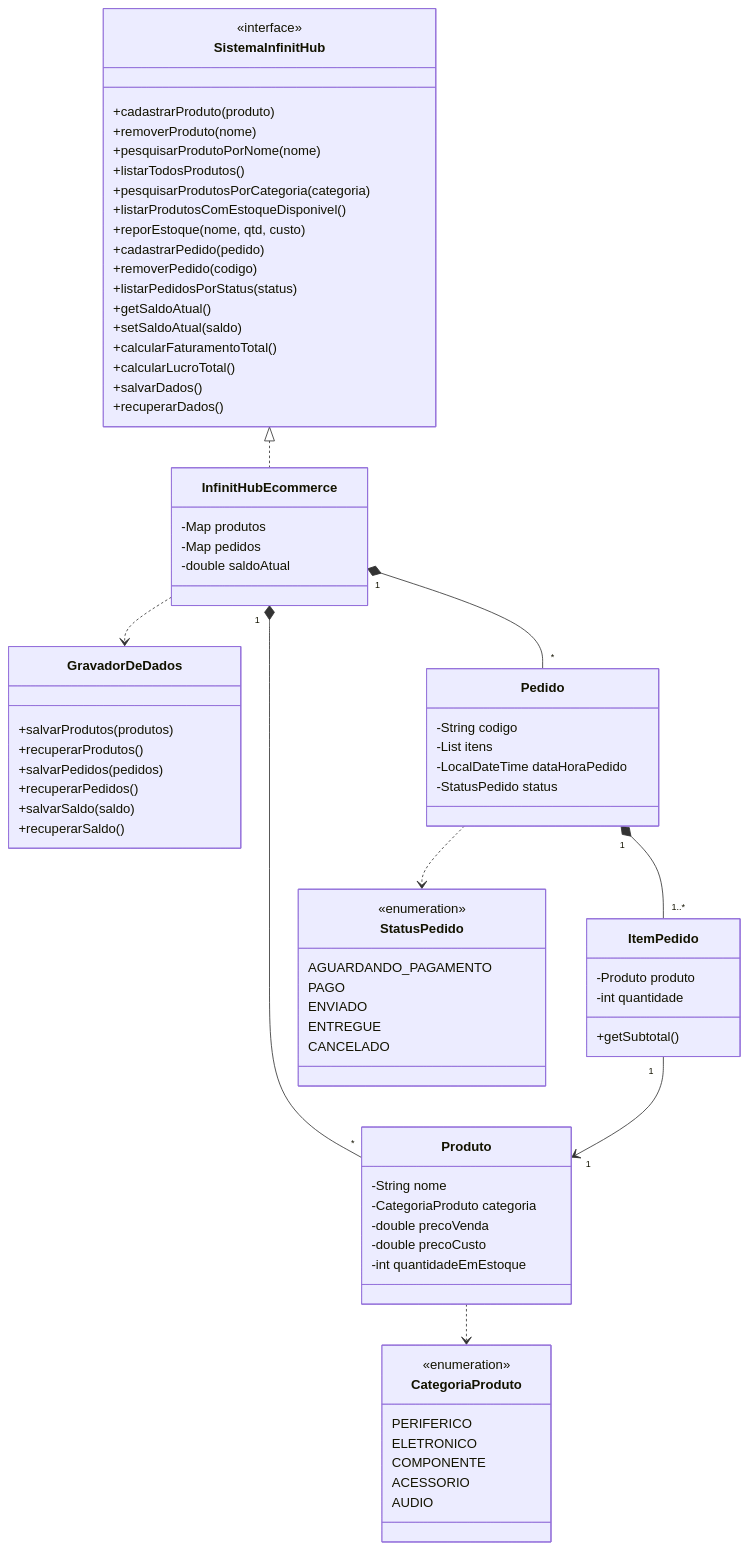
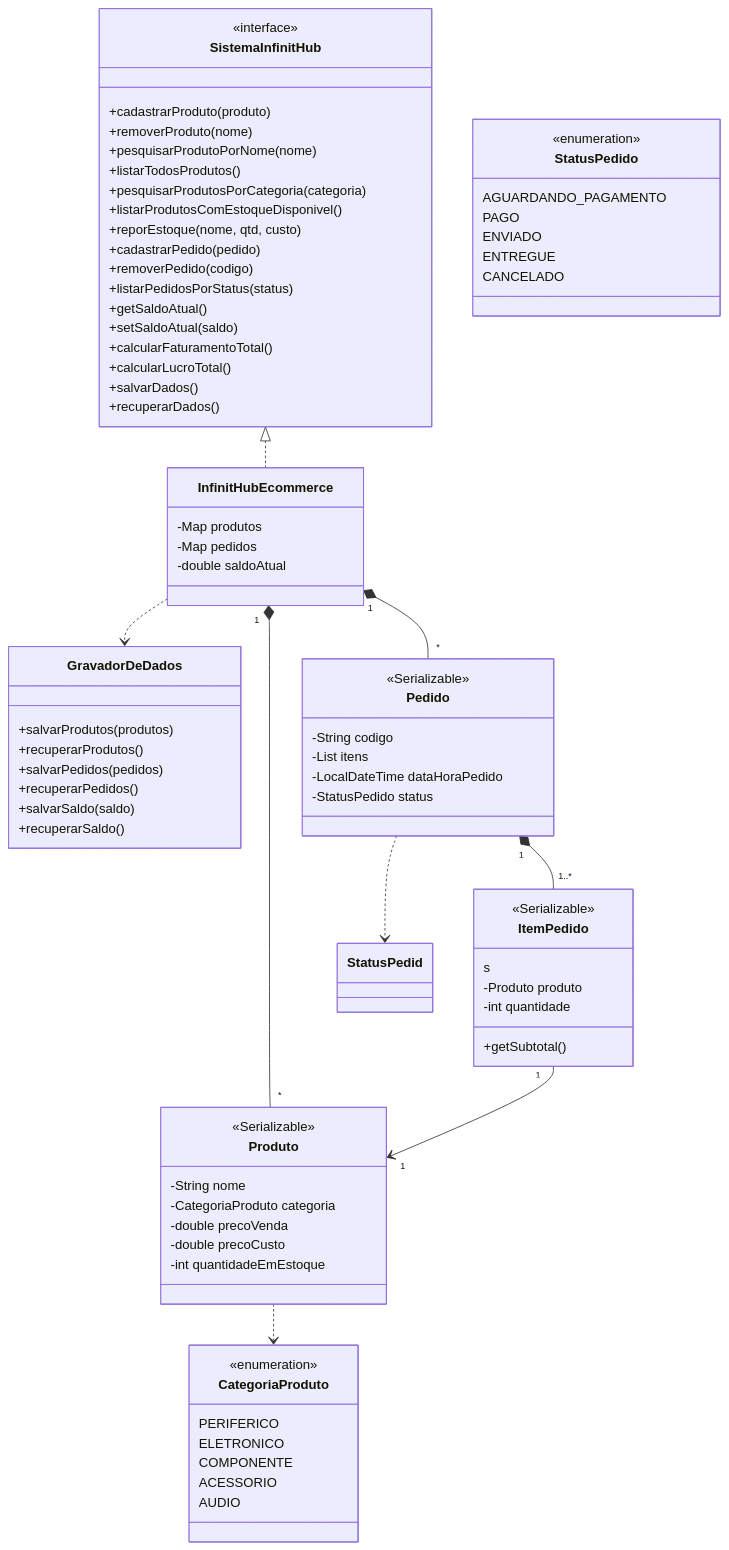
One commit to AbnerMatheus007/GestaoiHub-POO changed the diagram in diagrama-uml.mmd. Above: the diagram before and after it, drawn with Mermaid. The commit also changed 17 other files, not shown here.

```diff
--- a/diagrama-uml.mmd
+++ b/diagrama-uml.mmd
@@ -1,83 +1,86 @@
 classDiagram
     class SistemaInfinitHub {
         <<interface>>
         +cadastrarProduto(produto)
         +removerProduto(nome)
         +pesquisarProdutoPorNome(nome)
         +listarTodosProdutos()
         +pesquisarProdutosPorCategoria(categoria)
         +listarProdutosComEstoqueDisponivel()
         +reporEstoque(nome, qtd, custo)
         +cadastrarPedido(pedido)
         +removerPedido(codigo)
         +listarPedidosPorStatus(status)
         +getSaldoAtual()
         +setSaldoAtual(saldo)
         +calcularFaturamentoTotal()
         +calcularLucroTotal()
         +salvarDados()
         +recuperarDados()
     }
 
     class InfinitHubEcommerce {
         -Map produtos
         -Map pedidos
         -double saldoAtual
     }
 
     class GravadorDeDados {
         +salvarProdutos(produtos)
         +recuperarProdutos()
         +salvarPedidos(pedidos)
         +recuperarPedidos()
         +salvarSaldo(saldo)
         +recuperarSaldo()
     }
 
     class Produto {
+        <<Serializable>>
         -String nome
         -CategoriaProduto categoria
         -double precoVenda
         -double precoCusto
         -int quantidadeEmEstoque
     }
 
     class Pedido {
+        <<Serializable>>
         -String codigo
         -List itens
         -LocalDateTime dataHoraPedido
         -StatusPedido status
     }
 
-    class ItemPedido {
+    class ItemPedido {s
+        <<Serializable>>
         -Produto produto
         -int quantidade
         +getSubtotal()
     }
 
     class CategoriaProduto {
         <<enumeration>>
         PERIFERICO
         ELETRONICO
         COMPONENTE
         ACESSORIO
         AUDIO
     }
 
     class StatusPedido {
         <<enumeration>>
         AGUARDANDO_PAGAMENTO
         PAGO
         ENVIADO
         ENTREGUE
         CANCELADO
     }
 
     SistemaInfinitHub <|.. InfinitHubEcommerce
     InfinitHubEcommerce ..> GravadorDeDados
     InfinitHubEcommerce "1" *-- "*" Produto
     InfinitHubEcommerce "1" *-- "*" Pedido
     Pedido "1" *-- "1..*" ItemPedido
     ItemPedido "1" --> "1" Produto
     Produto ..> CategoriaProduto
-    Pedido ..> StatusPedido
+    Pedido ..> StatusPedid
```
